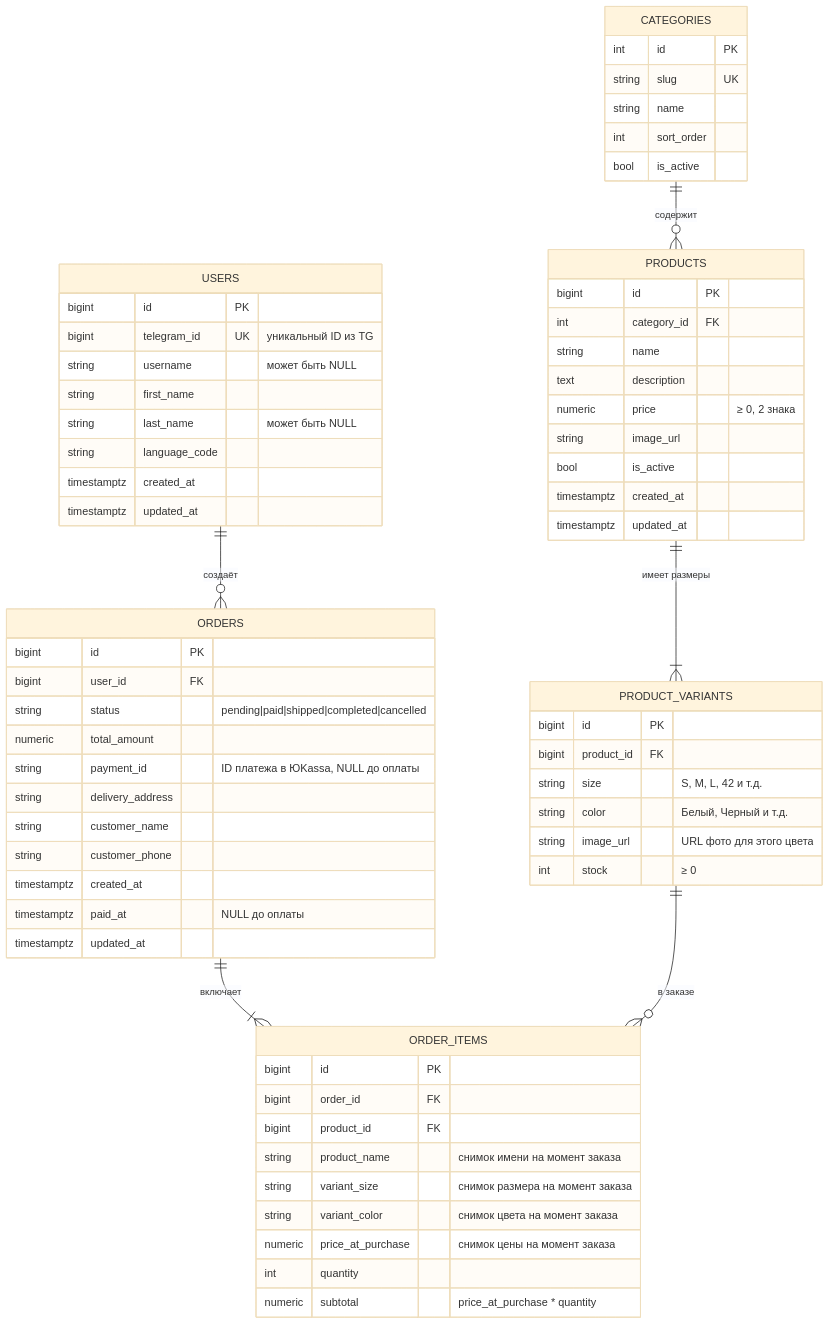
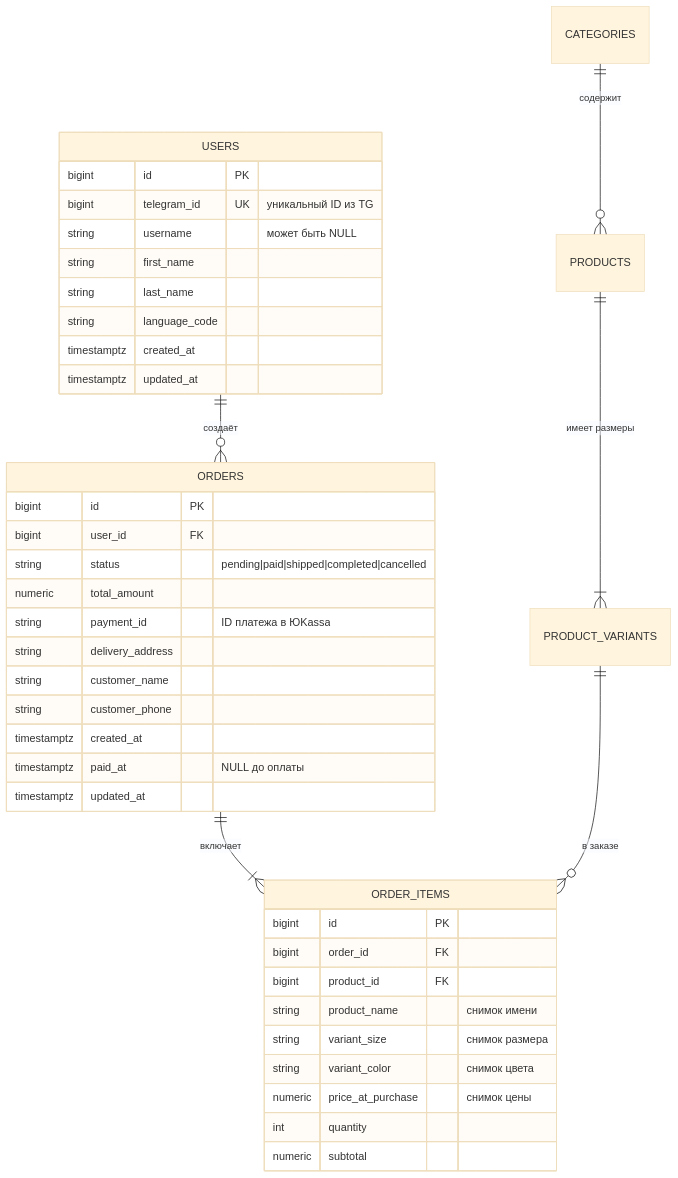
One commit to VladimirTravkin/tg-shop-miniapp changed the fourth of 5 diagrams in docs/ARCHITECTURE.ru.md. Above: the diagram before and after it, drawn with Mermaid (base theme). The commit also changed other lines of this file and 9 other files, not shown here.

Commit message:
fix: sync production fixes, add telegram widget auth, update architecture docs

````diff
--- a/docs/ARCHITECTURE.ru.md
+++ b/docs/ARCHITECTURE.ru.md
@@ -194,69 +162,43 @@
 ```mermaid
 erDiagram
     USERS ||--o{ ORDERS : "создаёт"
     CATEGORIES ||--o{ PRODUCTS : "содержит"
     PRODUCTS ||--|{ PRODUCT_VARIANTS : "имеет размеры"
     ORDERS ||--|{ ORDER_ITEMS : "включает"
     PRODUCT_VARIANTS ||--o{ ORDER_ITEMS : "в заказе"
 
     USERS {
         bigint id PK
         bigint telegram_id UK "уникальный ID из TG"
         string username "может быть NULL"
         string first_name
-        string last_name "может быть NULL"
+        string last_name
         string language_code
         timestamptz created_at
         timestamptz updated_at
-    }
-    CATEGORIES {
-        int id PK
-        string slug UK
-        string name
-        int sort_order
-        bool is_active
-    }
-    PRODUCTS {
-        bigint id PK
-        int category_id FK
-        string name
-        text description
-        numeric price "≥ 0, 2 знака"
-        string image_url
-        bool is_active
-        timestamptz created_at
-        timestamptz updated_at
-    }
-    PRODUCT_VARIANTS {
-        bigint id PK
-        bigint product_id FK
-        string size "S, M, L, 42 и т.д."
-        string color "Белый, Черный и т.д."
-        string image_url "URL фото для этого цвета"
-        int stock "≥ 0"
     }
     ORDERS {
         bigint id PK
         bigint user_id FK
         string status "pending|paid|shipped|completed|cancelled"
         numeric total_amount
-        string payment_id "ID платежа в ЮKassa, NULL до оплаты"
+        string payment_id "ID платежа в ЮKassa"
         string delivery_address
         string customer_name
         string customer_phone
         timestamptz created_at
         timestamptz paid_at "NULL до оплаты"
         timestamptz updated_at
     }
     ORDER_ITEMS {
         bigint id PK
         bigint order_id FK
         bigint product_id FK
-        string product_name "снимок имени на момент заказа"
-        string variant_size "снимок размера на момент заказа"
-        string variant_color "снимок цвета на момент заказа"
-        numeric price_at_purchase "снимок цены на момент заказа"
+        string product_name "снимок имени"
+        string variant_size "снимок размера"
+        string variant_color "снимок цвета"
+        numeric price_at_purchase "снимок цены"
         int quantity
-        numeric subtotal "price_at_purchase * quantity"
+        numeric subtotal
     }
 ```
````
